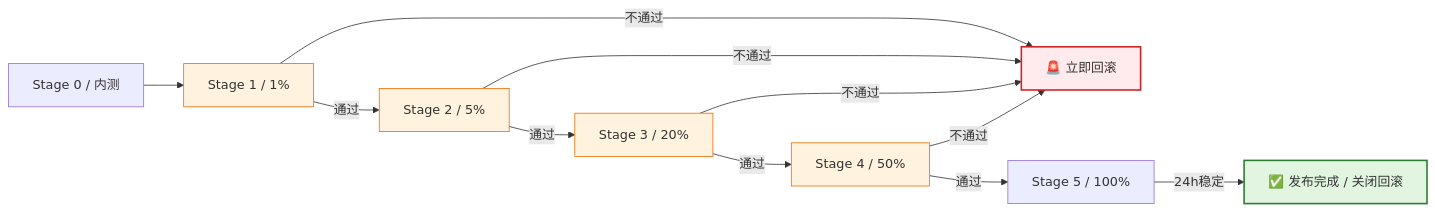
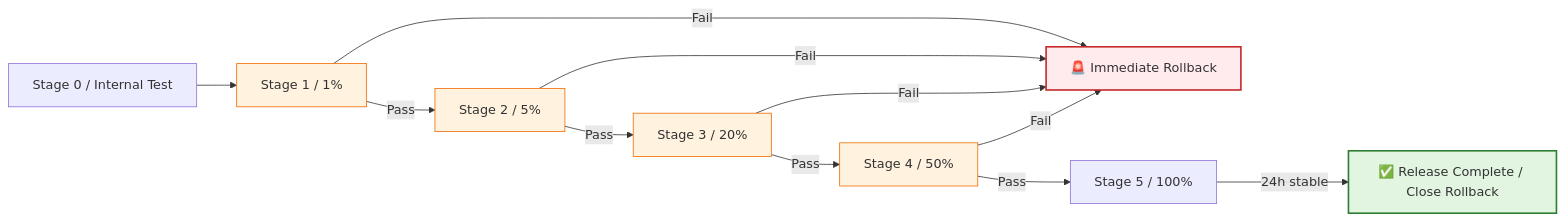
One commit to Kirky-X/cangjie changed the second of 8 diagrams in templates/产品/交付层/【模板】发布计划文档.md. Above: the diagram before and after it, drawn with Mermaid. The commit also changed other lines of this file and 60 other files, not shown here.

````diff
--- a/templates/产品/交付层/【模板】发布计划文档.md
+++ b/templates/产品/交付层/【模板】发布计划文档.md
@@ -237,20 +237,20 @@
 ```mermaid
 flowchart LR
-    S0[Stage 0 / 内测] --> S1[Stage 1 / 1%]
-    S1 -->|通过| S2[Stage 2 / 5%]
-    S1 -->|不通过| R[🚨 立即回滚]
-    S2 -->|通过| S3[Stage 3 / 20%]
-    S2 -->|不通过| R
-    S3 -->|通过| S4[Stage 4 / 50%]
-    S3 -->|不通过| R
-    S4 -->|通过| S5[Stage 5 / 100%]
-    S4 -->|不通过| R
-    S5 -->|24h稳定| E[✅ 发布完成 / 关闭回滚]
+    S0[Stage 0 / Internal Test] --> S1[Stage 1 / 1%]
+    S1 -->|Pass| S2[Stage 2 / 5%]
+    S1 -->|Fail| R[🚨 Immediate Rollback]
+    S2 -->|Pass| S3[Stage 3 / 20%]
+    S2 -->|Fail| R
+    S3 -->|Pass| S4[Stage 4 / 50%]
+    S3 -->|Fail| R
+    S4 -->|Pass| S5[Stage 5 / 100%]
+    S4 -->|Fail| R
+    S5 -->|24h stable| E[✅ Release Complete / Close Rollback]
 
     style R fill:#ffebee,stroke:#c62828,stroke-width:2px
     style E fill:#e1f5e1,stroke:#2e7d32,stroke-width:2px
     style S1 fill:#fff3e0,stroke:#ef6c00
     style S2 fill:#fff3e0,stroke:#ef6c00
     style S3 fill:#fff3e0,stroke:#ef6c00
     style S4 fill:#fff3e0,stroke:#ef6c00
 ```
````
